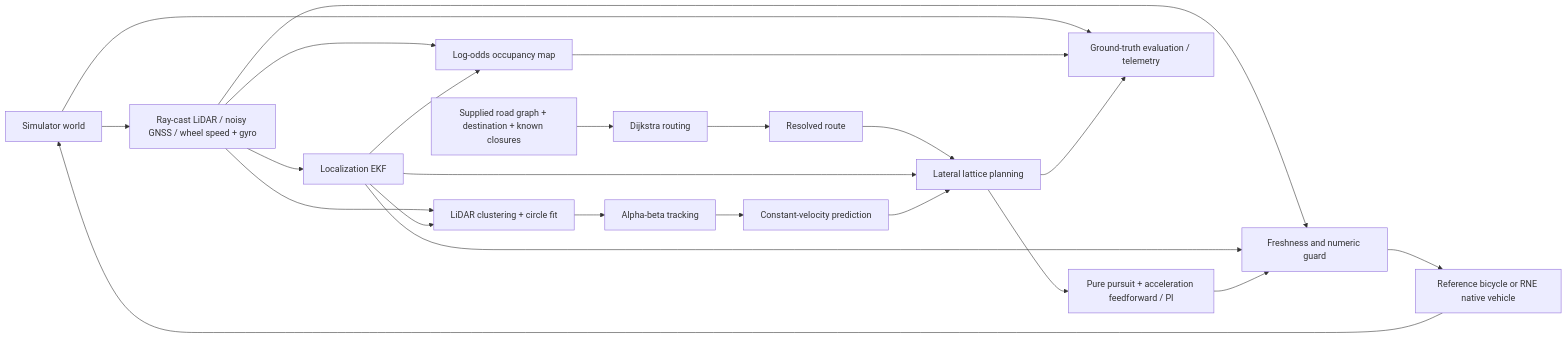
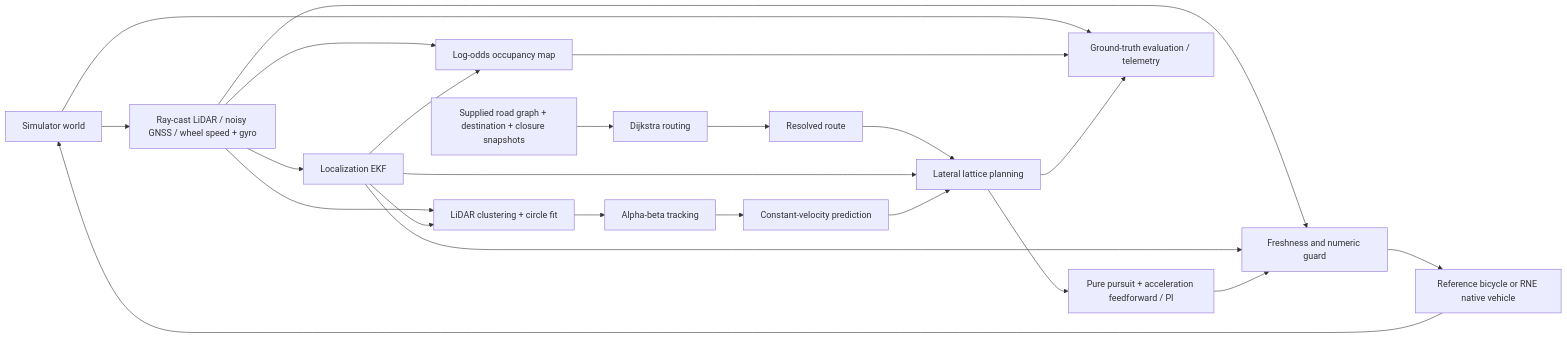
The diagram in docs/architecture.md (rsasaki0109/rust_drive), drawn with Mermaid before and after one commit. The commit also changed other lines of this file and 30 other files, not shown here.

Commit message:
Handle live closure snapshots with stopped route handover and replay

````diff
--- a/docs/architecture.md
+++ b/docs/architecture.md
@@ -9,25 +9,25 @@
 ```mermaid
 flowchart LR
   W[Simulator world] --> S[Ray-cast LiDAR / noisy GNSS / wheel speed + gyro]
   S --> L[Localization EKF]
   S --> P[LiDAR clustering + circle fit]
   L --> P
   P --> T[Alpha-beta tracking]
   T --> F[Constant-velocity prediction]
   S --> M[Log-odds occupancy map]
   L --> M
-  N[Supplied road graph + destination + known closures] --> D[Dijkstra routing]
+  N[Supplied road graph + destination + closure snapshots] --> D[Dijkstra routing]
   D --> R[Resolved route]
   R --> A[Lateral lattice planning]
   L --> A
   F --> A
   A --> C[Pure pursuit + acceleration feedforward / PI]
   S --> G[Freshness and numeric guard]
   L --> G
   C --> G
   G --> B[Reference bicycle or RNE native vehicle]
   B --> W
   W --> E[Ground-truth evaluation / telemetry]
   M --> E
   A --> E
 ```
````
